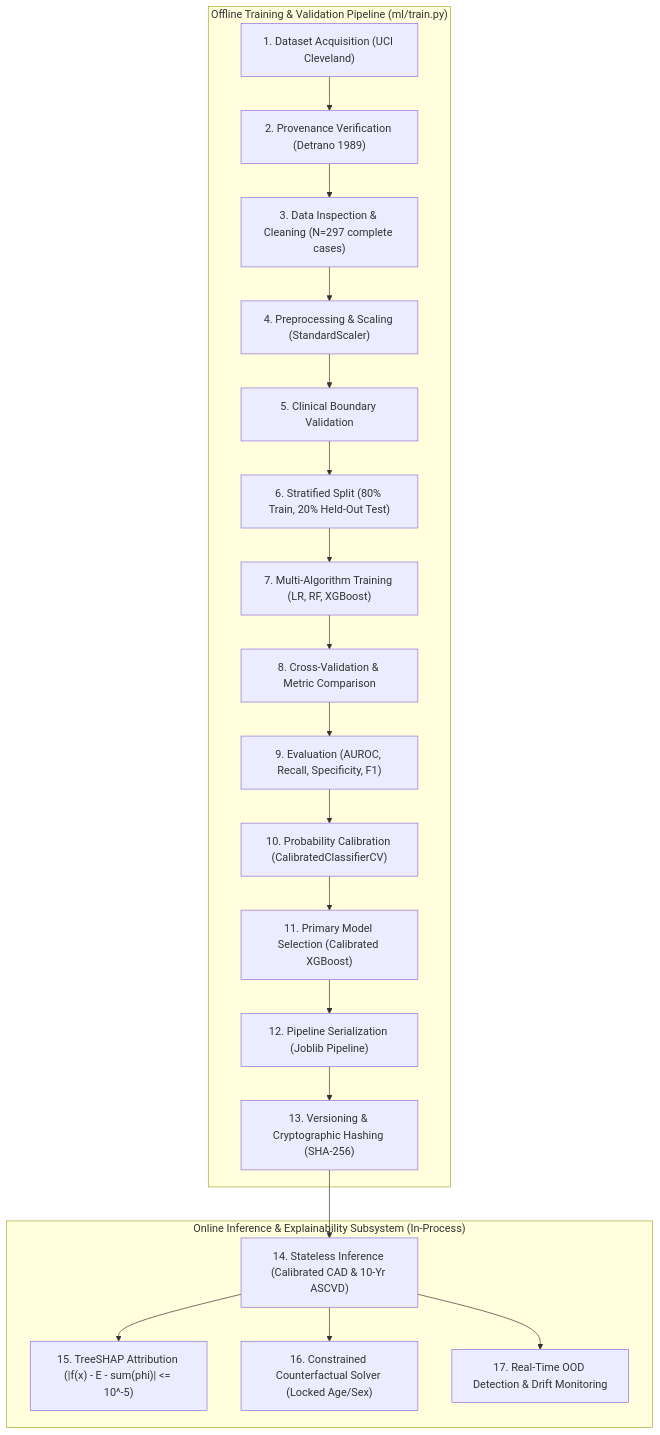
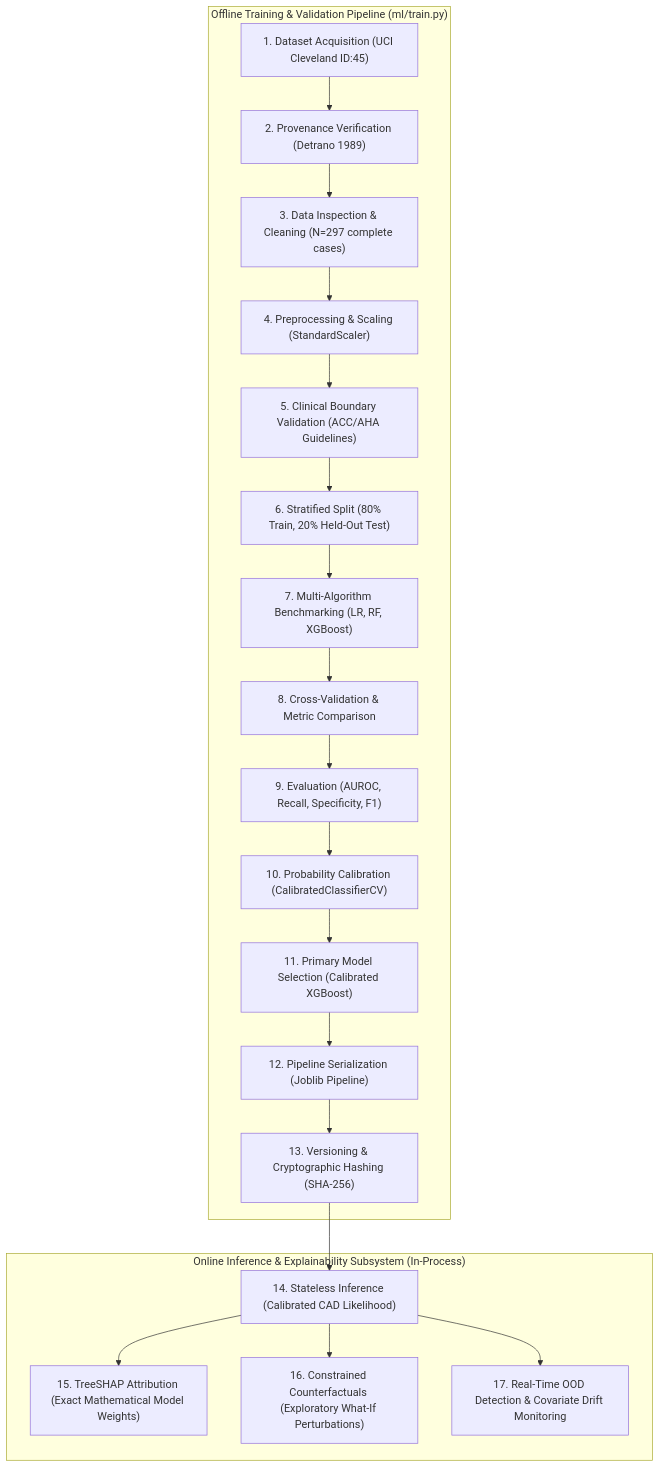
The diagram in docs/ML_SYSTEM_ARCHITECTURE.md (sandeep-kumar-270904/Heart-Disease-Risk-Prediction), drawn with Mermaid before and after one commit. The commit also changed other lines of this file and 13 other files, not shown here.

Commit message:
docs(phase-3): remediate architecture review findings across geography, clinical bounds, database parity, and backup security

````diff
--- a/docs/ML_SYSTEM_ARCHITECTURE.md
+++ b/docs/ML_SYSTEM_ARCHITECTURE.md
@@ -23,24 +46,24 @@
 ```mermaid
 flowchart TD
     subgraph OfflineTraining ["Offline Training & Validation Pipeline (ml/train.py)"]
-        S1["1. Dataset Acquisition (UCI Cleveland)"] --> S2["2. Provenance Verification (Detrano 1989)"]
+        S1["1. Dataset Acquisition (UCI Cleveland ID:45)"] --> S2["2. Provenance Verification (Detrano 1989)"]
         S2 --> S3["3. Data Inspection & Cleaning (N=297 complete cases)"]
         S3 --> S4["4. Preprocessing & Scaling (StandardScaler)"]
-        S4 --> S5["5. Clinical Boundary Validation"]
+        S4 --> S5["5. Clinical Boundary Validation (ACC/AHA Guidelines)"]
         S5 --> S6["6. Stratified Split (80% Train, 20% Held-Out Test)"]
-        S6 --> S7["7. Multi-Algorithm Training (LR, RF, XGBoost)"]
+        S6 --> S7["7. Multi-Algorithm Benchmarking (LR, RF, XGBoost)"]
         S7 --> S8["8. Cross-Validation & Metric Comparison"]
         S8 --> S9["9. Evaluation (AUROC, Recall, Specificity, F1)"]
         S9 --> S10["10. Probability Calibration (CalibratedClassifierCV)"]
         S10 --> S11["11. Primary Model Selection (Calibrated XGBoost)"]
         S11 --> S12["12. Pipeline Serialization (Joblib Pipeline)"]
         S12 --> S13["13. Versioning & Cryptographic Hashing (SHA-256)"]
     end
 
     subgraph OnlineServing ["Online Inference & Explainability Subsystem (In-Process)"]
-        S13 --> S14["14. Stateless Inference (Calibrated CAD & 10-Yr ASCVD)"]
-        S14 --> S15["15. TreeSHAP Attribution (|f(x) - E - sum(phi)| <= 10^-5)"]
-        S14 --> S16["16. Constrained Counterfactual Solver (Locked Age/Sex)"]
-        S14 --> S17["17. Real-Time OOD Detection & Drift Monitoring"]
+        S13 --> S14["14. Stateless Inference (Calibrated CAD Likelihood)"]
+        S14 --> S15["15. TreeSHAP Attribution (Exact Mathematical Model Weights)"]
+        S14 --> S16["16. Constrained Counterfactuals (Exploratory What-If Perturbations)"]
+        S14 --> S17["17. Real-Time OOD Detection & Covariate Drift Monitoring"]
     end
 ```
````
